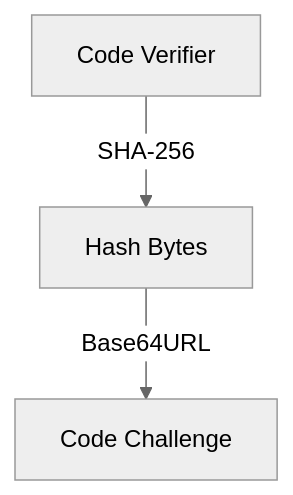
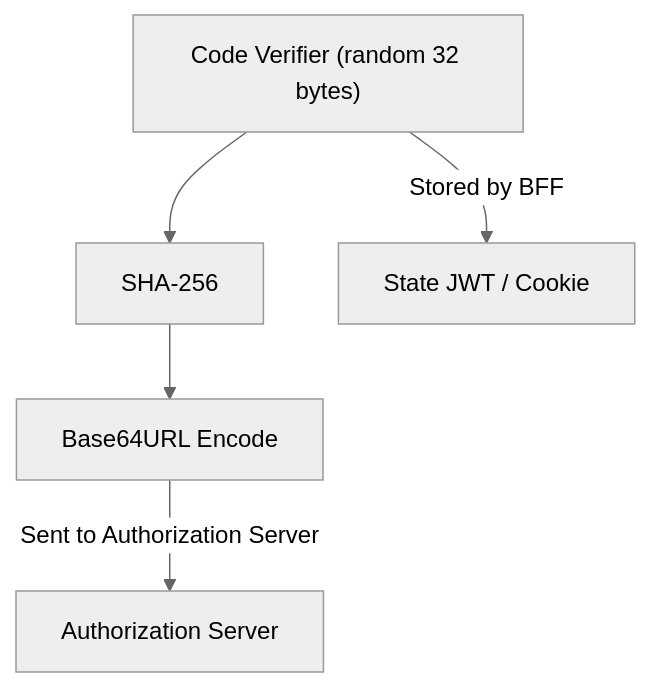
The fourth of 8 diagrams in docs/reference/architecture/security-core-and-oauth-bff/security-core-and-oauth-bff.md (flamingo-stack/openframe-oss-lib), drawn with Mermaid (neutral theme) before and after one commit. The commit also changed other lines of this file and 1819 other files, not shown here.

````diff
--- a/docs/reference/architecture/security-core-and-oauth-bff/security-core-and-oauth-bff.md
+++ b/docs/reference/architecture/security-core-and-oauth-bff/security-core-and-oauth-bff.md
@@ -142,5 +161,8 @@
 ```mermaid
 flowchart TD
-    Verifier["Code Verifier"] -->|"SHA-256"| Hash["Hash Bytes"]
-    Hash -->|"Base64URL"| Challenge["Code Challenge"]
+    Verifier["Code Verifier (random 32 bytes)"] --> Hash["SHA-256"]
+    Hash --> Challenge["Base64URL Encode"]
+
+    Challenge -->|"Sent to Authorization Server"| AuthServer["Authorization Server"]
+    Verifier -->|"Stored by BFF"| BffStore["State JWT / Cookie"]
 ```
````
